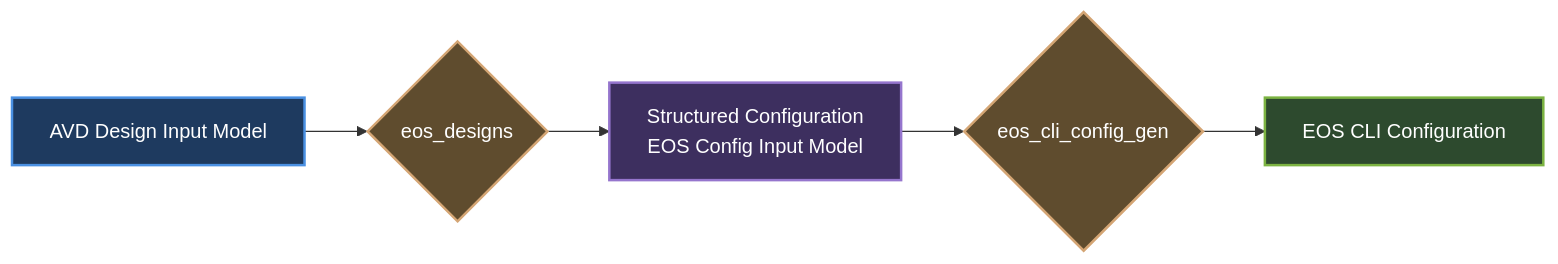
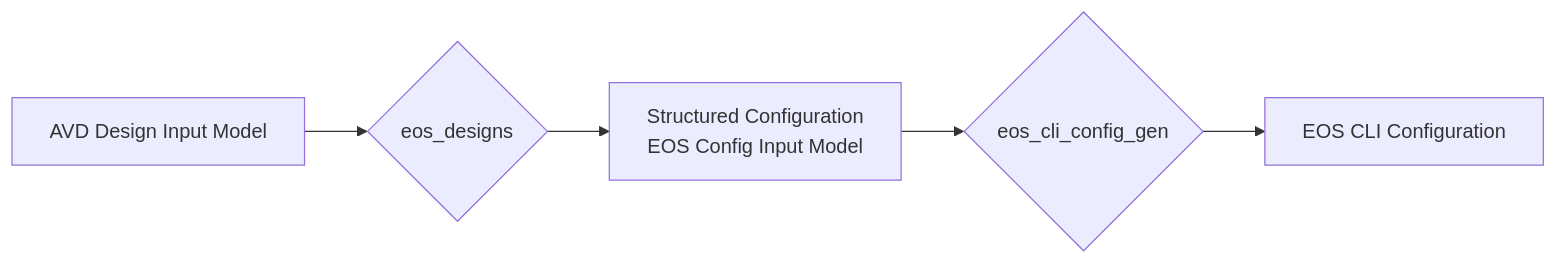
Before and after one commit to aristanetworks/avd: the third of 8 diagrams in docs/getting-started/avd-usage-patterns.md, drawn with Mermaid. The commit also changed other lines of this file, not shown here.

````diff
--- a/docs/getting-started/avd-usage-patterns.md
+++ b/docs/getting-started/avd-usage-patterns.md
@@ -81,13 +73,7 @@
 ```mermaid
 graph LR
     A[AVD Design Input Model] --> B{eos_designs}
     B --> C[Structured Configuration<br/>EOS Config Input Model]
     C --> D{eos_cli_config_gen}
     D --> E[EOS CLI Configuration]
-
-    style A fill:#1e3a5f,stroke:#4a90e2,stroke-width:2px,color:#fff
-    style B fill:#5f4c2e,stroke:#d4a574,stroke-width:2px,color:#fff
-    style C fill:#3d2f5f,stroke:#9575cd,stroke-width:2px,color:#fff
-    style D fill:#5f4c2e,stroke:#d4a574,stroke-width:2px,color:#fff
-    style E fill:#2d4a2e,stroke:#7cb342,stroke-width:2px,color:#fff
 ```
````
